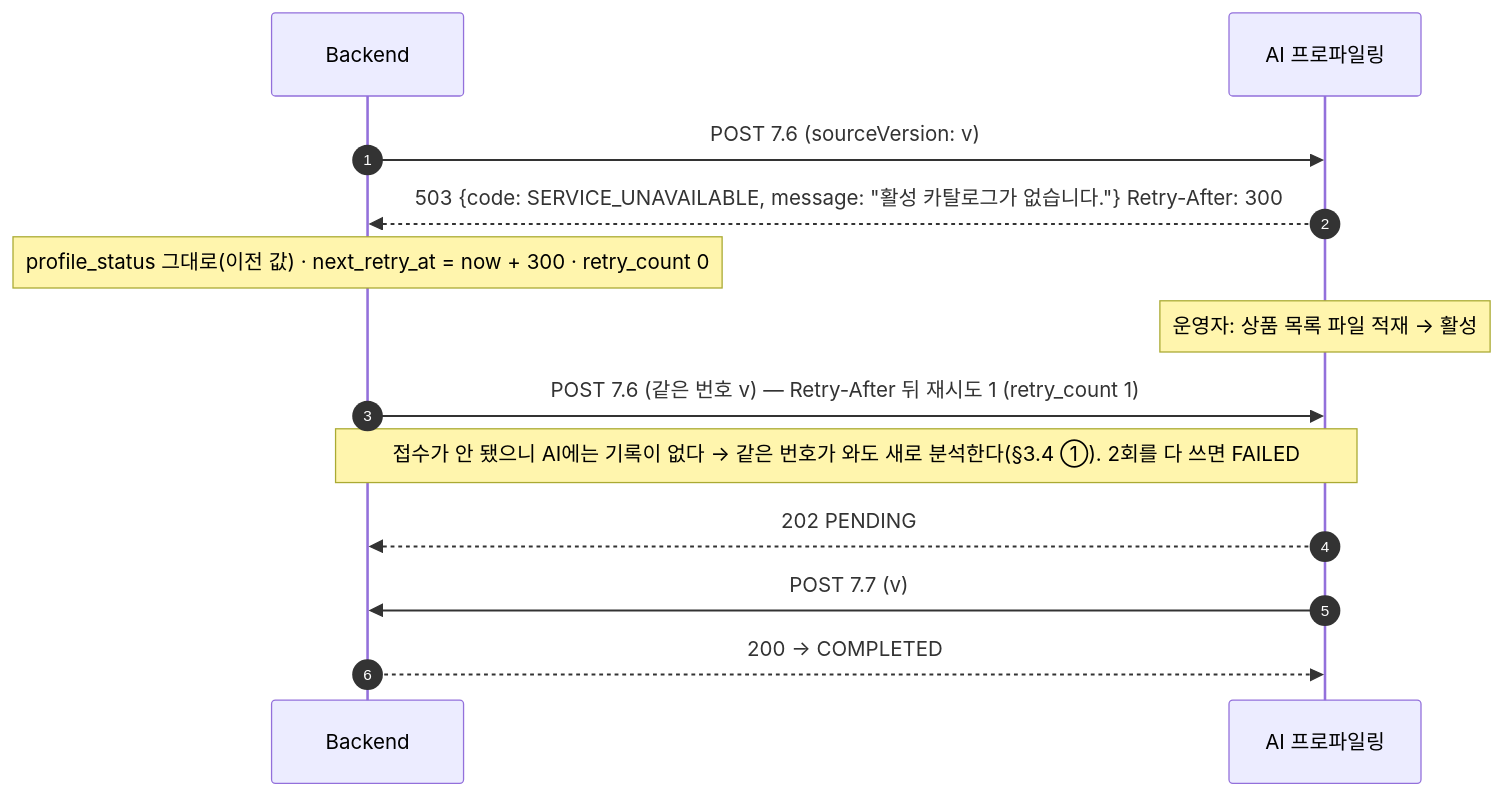
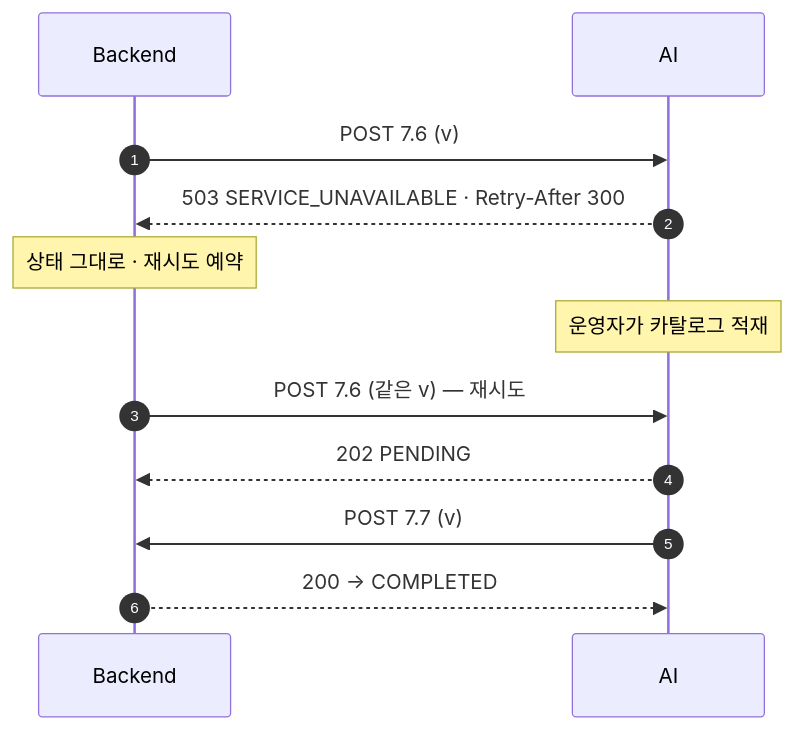
Before and after one commit to 100-hours-a-week/KTB4-12th-AI: the second of 6 diagrams in profiling/docs/BE_연동_필드표_v1.md, drawn with Mermaid. The commit also changed other lines of this file and 70 other files, not shown here.

````diff
--- a/profiling/docs/BE_연동_필드표_v1.md
+++ b/profiling/docs/BE_연동_필드표_v1.md
@@ -317,15 +316,14 @@
 ```mermaid
 sequenceDiagram
   autonumber
   participant BE as Backend
-  participant AI as AI 프로파일링
-  BE->>AI: POST 7.6 (sourceVersion: v)
-  AI-->>BE: 503 {code: SERVICE_UNAVAILABLE, message: "활성 카탈로그가 없습니다."}  Retry-After: 300
-  Note over BE: profile_status 그대로(이전 값) · next_retry_at = now + 300 · retry_count 0
-  Note over AI: 운영자: 상품 목록 파일 적재 → 활성
-  BE->>AI: POST 7.6 (같은 번호 v) — Retry-After 뒤 재시도 1 (retry_count 1)
-  Note over BE,AI: 접수가 안 됐으니 AI에는 기록이 없다 → 같은 번호가 와도 새로 분석한다(§3.4 ①). 2회를 다 쓰면 FAILED
+  participant AI as AI
+  BE->>AI: POST 7.6 (v)
+  AI-->>BE: 503 SERVICE_UNAVAILABLE · Retry-After 300
+  Note over BE: 상태 그대로 · 재시도 예약
+  Note over AI: 운영자가 카탈로그 적재
+  BE->>AI: POST 7.6 (같은 v) — 재시도
   AI-->>BE: 202 PENDING
   AI->>BE: POST 7.7 (v)
   BE-->>AI: 200 → COMPLETED
 ```
````
